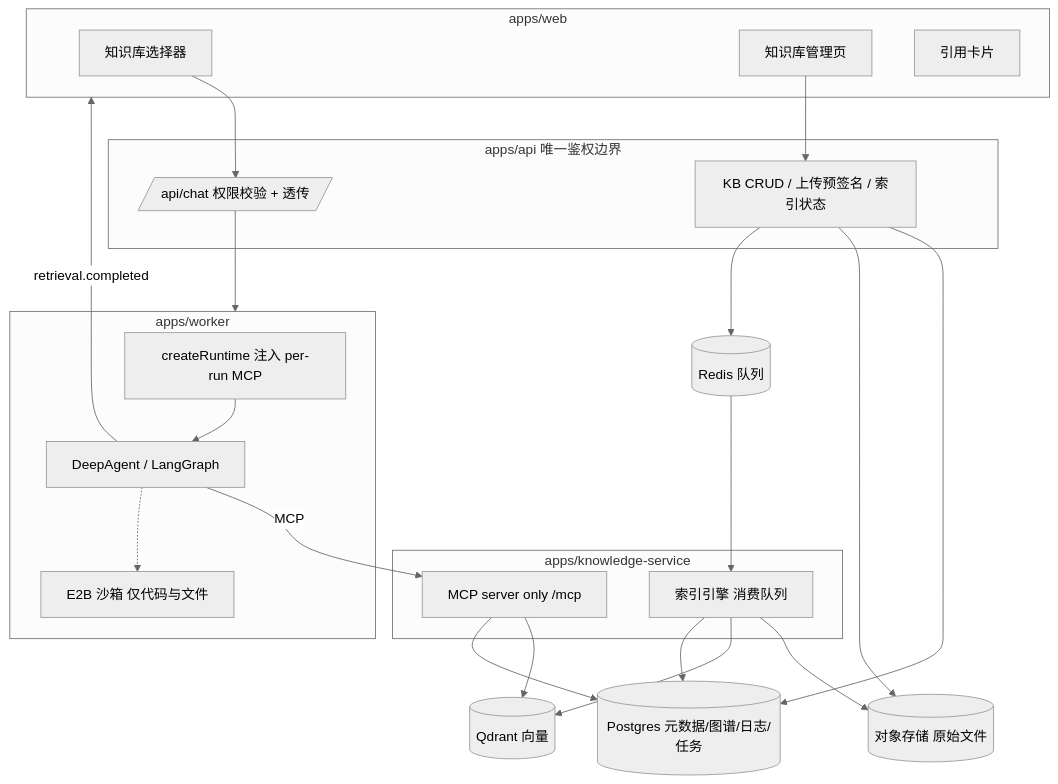
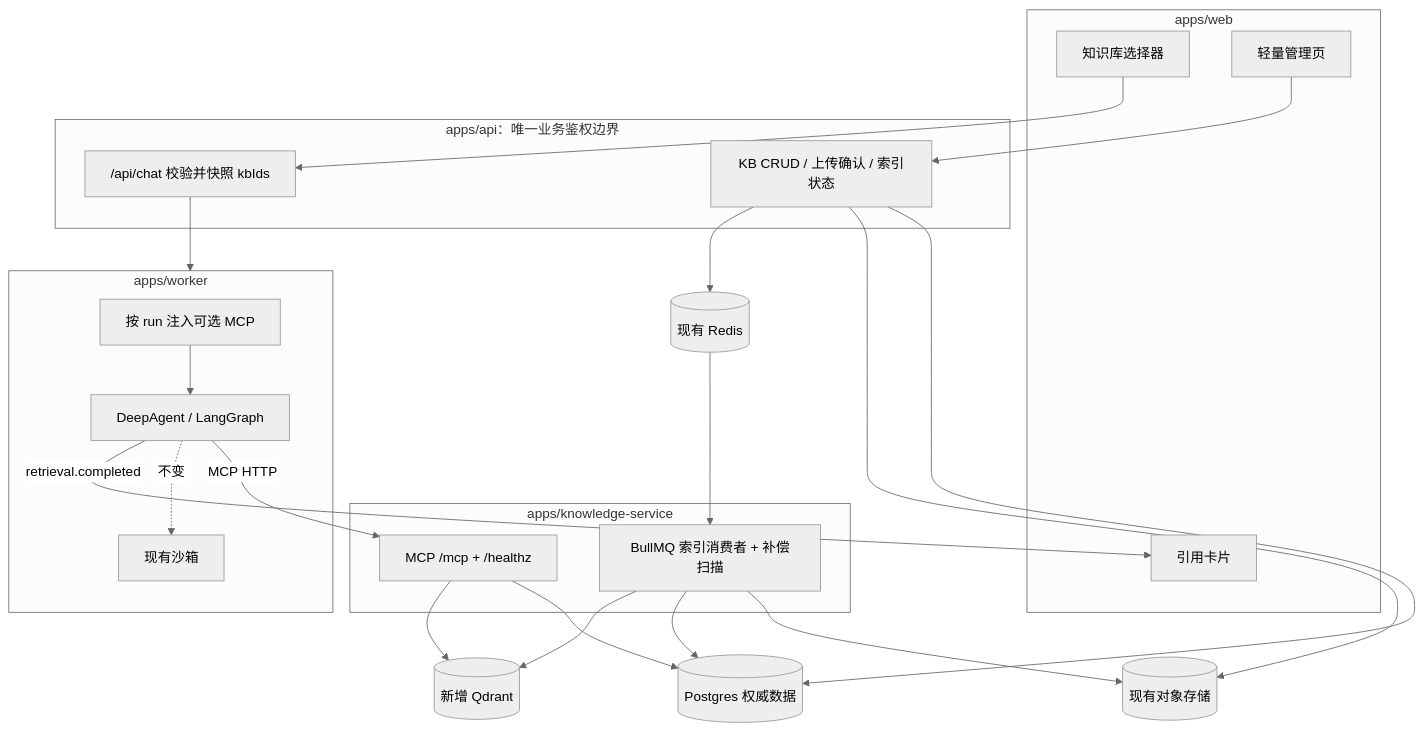
Before and after one commit to fengnovo/chat: the first of 3 diagrams in docs/knowledge-graphrag.md, drawn with Mermaid (neutral theme). The commit also changed other lines of this file, not shown here.

Commit message:
docs: scope knowledge graphrag mvp

````diff
--- a/docs/knowledge-graphrag.md
+++ b/docs/knowledge-graphrag.md
@@ -50,45 +74,46 @@
 ```mermaid
 flowchart TB
   subgraph web[apps/web]
-    P[知识库选择器]
-    M[知识库管理页]
-    C[引用卡片]
+    PICKER[知识库选择器]
+    MANAGE[轻量管理页]
+    CITATIONS[引用卡片]
   end
 
-  subgraph api[apps/api 唯一鉴权边界]
-    KBAPI[KB CRUD / 上传预签名 / 索引状态]
-    CHAT[/api/chat 权限校验 + 透传/]
+  subgraph api[apps/api：唯一业务鉴权边界]
+    KBAPI[KB CRUD / 上传确认 / 索引状态]
+    CHAT["/api/chat 校验并快照 kbIds"]
   end
 
-  subgraph svc[apps/knowledge-service]
-    IDX[索引引擎 消费队列]
-    MCP[MCP server only /mcp]
+  subgraph service[apps/knowledge-service]
+    INDEXER[BullMQ 索引消费者 + 补偿扫描]
+    MCP[MCP /mcp + /healthz]
   end
 
   subgraph worker[apps/worker]
-    RT[createRuntime 注入 per-run MCP]
-    AG[DeepAgent / LangGraph]
-    E2B[E2B 沙箱 仅代码与文件]
+    RUNTIME[按 run 注入可选 MCP]
+    AGENT[DeepAgent / LangGraph]
+    SANDBOX[现有沙箱]
   end
 
-  Q[(Qdrant 向量)]
-  PG[(Postgres 元数据/图谱/日志/任务)]
-  S3[(对象存储 原始文件)]
-  RD[(Redis 队列)]
+  PG[(Postgres 权威数据)]
+  S3[(现有对象存储)]
+  REDIS[(现有 Redis)]
+  QDRANT[(新增 Qdrant)]
 
-  P --> CHAT
-  M --> KBAPI
+  MANAGE --> KBAPI
+  PICKER --> CHAT
   KBAPI --> PG
   KBAPI --> S3
-  KBAPI --> RD --> IDX
-  IDX --> S3
-  IDX --> Q
-  IDX --> PG
+  KBAPI --> REDIS
+  REDIS --> INDEXER
+  INDEXER --> S3
+  INDEXER --> PG
+  INDEXER --> QDRANT
   CHAT --> worker
-  RT --> AG
-  AG -->|MCP| MCP
-  MCP --> Q
+  RUNTIME --> AGENT
+  AGENT -->|MCP HTTP| MCP
   MCP --> PG
-  AG -.-> E2B
-  AG -->|retrieval.completed| web
+  MCP --> QDRANT
+  AGENT -.->|不变| SANDBOX
+  AGENT -->|retrieval.completed| CITATIONS
 ```
````
